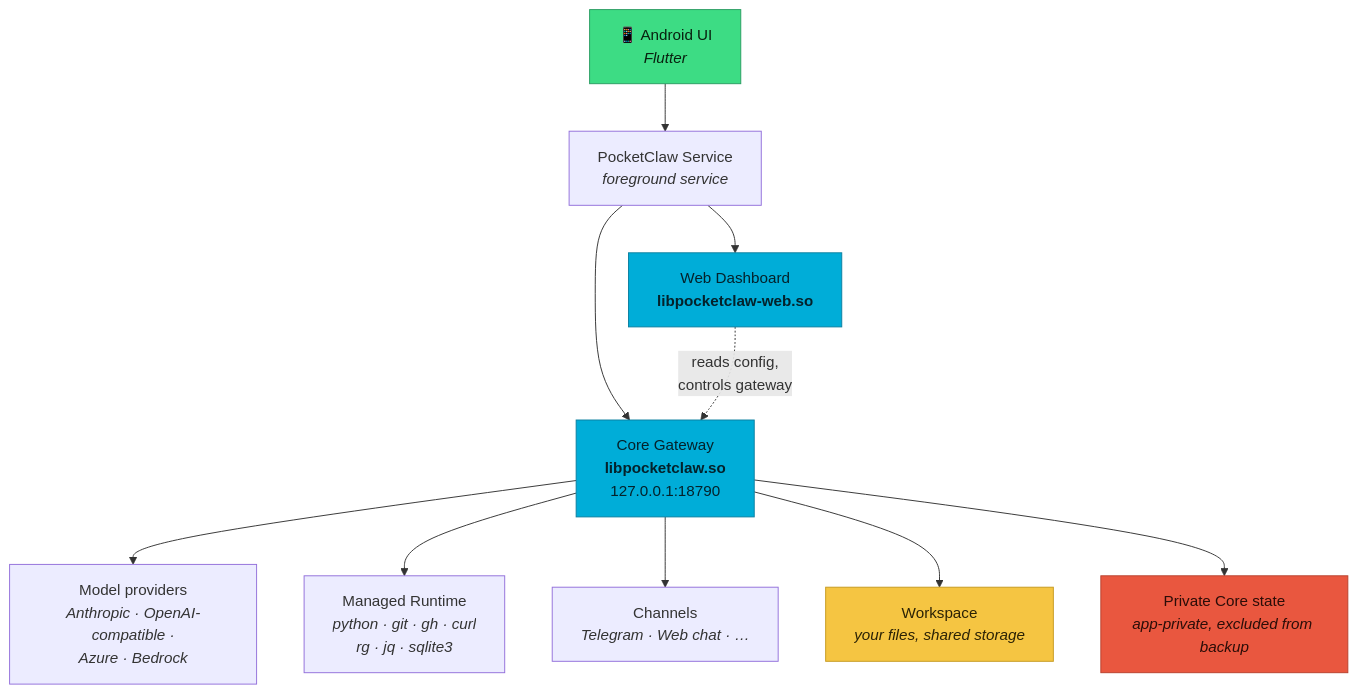
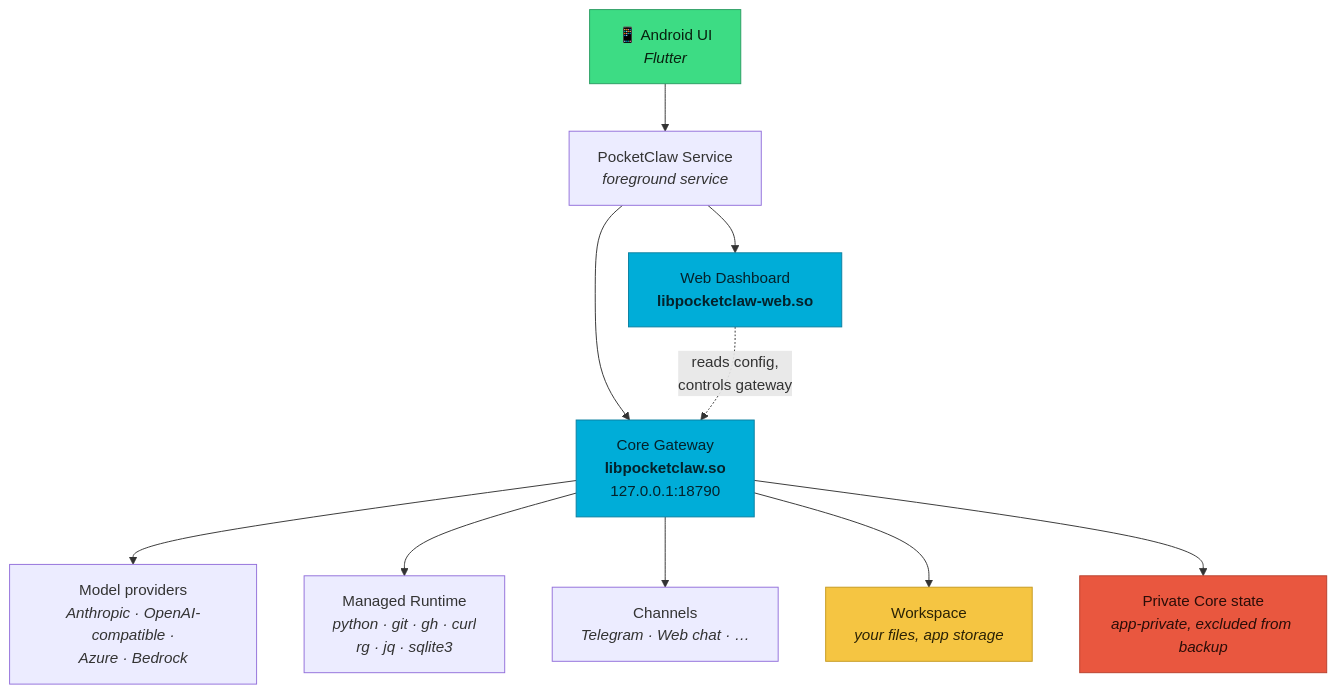
The diagram in README.md (Lord1Egypt/PocketClaw), drawn with Mermaid before and after one commit. The commit also changed other lines of this file and 5 other files, not shown here.

````diff
--- a/README.md
+++ b/README.md
@@ -139,21 +139,21 @@
 ```mermaid
 flowchart TD
     U["📱 Android UI<br/><i>Flutter</i>"] --> SVC["PocketClaw Service<br/><i>foreground service</i>"]
     SVC --> GW["Core Gateway<br/><b>libpocketclaw.so</b><br/>127.0.0.1:18790"]
     SVC --> WEB["Web Dashboard<br/><b>libpocketclaw-web.so</b>"]
 
     WEB -.->|"reads config,<br/>controls gateway"| GW
 
     GW --> PROV["Model providers<br/><i>Anthropic · OpenAI-compatible ·<br/>Azure · Bedrock</i>"]
     GW --> MR["Managed Runtime<br/><i>python · git · gh · curl<br/>rg · jq · sqlite3</i>"]
     GW --> CH["Channels<br/><i>Telegram · Web chat · …</i>"]
 
-    GW --> WS["Workspace<br/><i>your files, shared storage</i>"]
+    GW --> WS["Workspace<br/><i>your files, app storage</i>"]
     GW --> PS["Private Core state<br/><i>app-private, excluded from backup</i>"]
 
     style U fill:#3DDC84,stroke:#2a9d63,color:#08210f
     style GW fill:#00ADD8,stroke:#0b7fa0,color:#04222b
     style WEB fill:#00ADD8,stroke:#0b7fa0,color:#04222b
     style PS fill:#e9573f,stroke:#b8402d,color:#2b0d08
     style WS fill:#f5c542,stroke:#c69a20,color:#2b2205
 ```
````
